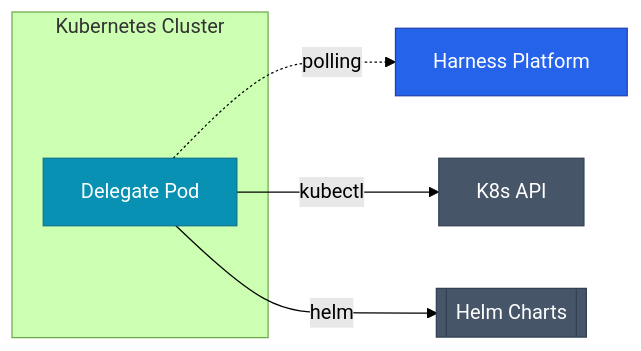
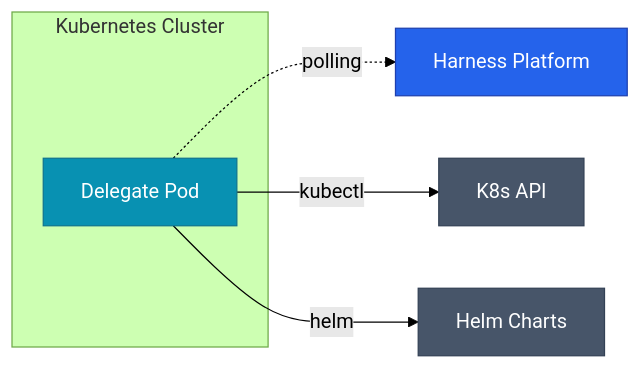
The diagram in _posts/2026-04-08-harness-02-setup.md (No1Joon/No1Joon.github.io), drawn with Mermaid (forest theme) before and after one commit. The commit also changed 18 other files, not shown here.

````diff
--- a/_posts/2026-04-08-harness-02-setup.md
+++ b/_posts/2026-04-08-harness-02-setup.md
@@ -17,21 +17,21 @@
 ```mermaid
 flowchart LR
     P["Harness Platform"]
     subgraph cluster["Kubernetes Cluster"]
         D["Delegate Pod"]
     end
     K["K8s API"]
-    H[["Helm Charts"]]
+    H["Helm Charts"]
 
     D -. polling .-> P
     D -->|kubectl| K
     D -->|helm| H
 
     classDef primary fill:#2563eb,stroke:#1e40af,color:#ffffff
     classDef info fill:#0891b2,stroke:#0e7490,color:#ffffff
     classDef neutral fill:#475569,stroke:#334155,color:#ffffff
 
     class P primary
     class D info
     class K,H neutral
 ```
````
